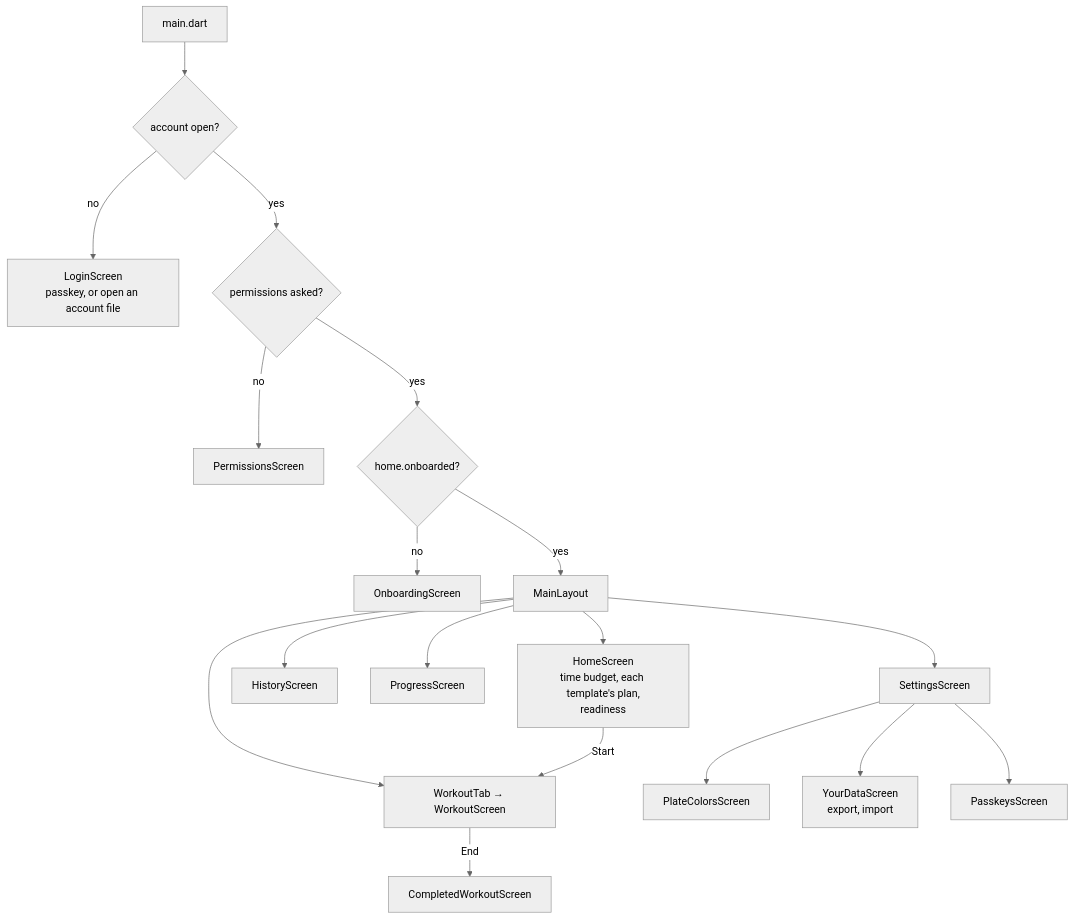
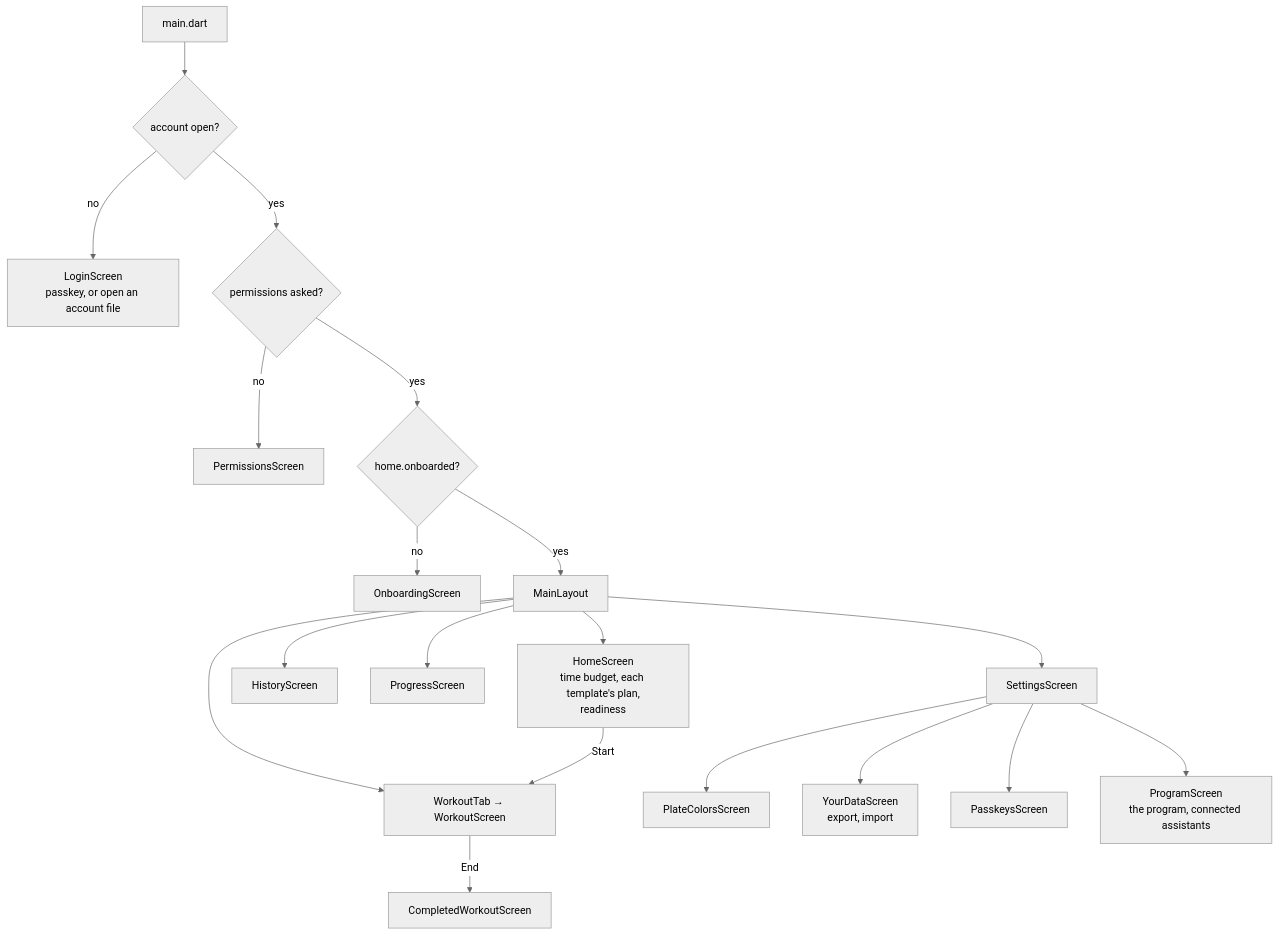
One commit to brensch/lift changed the fifth of 6 diagrams in docs/architecture/app.md. Above: the diagram before and after it, drawn with Mermaid (neutral theme). The commit also changed other lines of this file and 8 other files, not shown here.

First line of the commit message:
Docs: the architecture as built on programs

````diff
--- a/docs/architecture/app.md
+++ b/docs/architecture/app.md
@@ -173,22 +173,23 @@
 ```mermaid
 graph TD
     boot["main.dart"] --> auth{"account open?"}
     auth -->|no| login["LoginScreen<br/>passkey, or open an account file"]
     auth -->|yes| perms{"permissions asked?"}
     perms -->|no| permissions["PermissionsScreen"]
     perms -->|yes| onb{"home.onboarded?"}
     onb -->|no| onboarding["OnboardingScreen"]
     onb -->|yes| shell["MainLayout"]
 
     shell --> home["HomeScreen<br/>time budget, each template's plan,<br/>readiness"]
     shell --> workout["WorkoutTab → WorkoutScreen"]
     shell --> history["HistoryScreen"]
     shell --> progress["ProgressScreen"]
     shell --> settings["SettingsScreen"]
 
     home -->|"Start"| workout
     workout -->|"End"| completed["CompletedWorkoutScreen"]
     settings --> plates["PlateColorsScreen"]
     settings --> data["YourDataScreen<br/>export, import"]
     settings --> passkeys["PasskeysScreen"]
+    settings --> program["ProgramScreen<br/>the program, connected assistants"]
 ```
````
